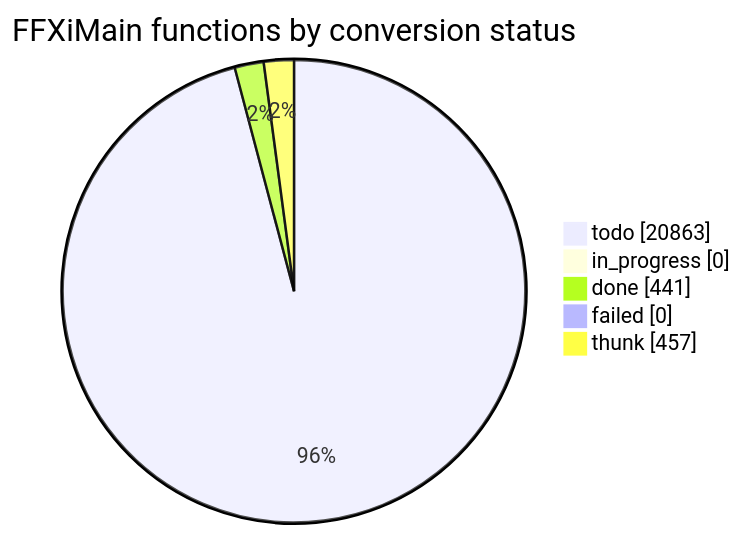
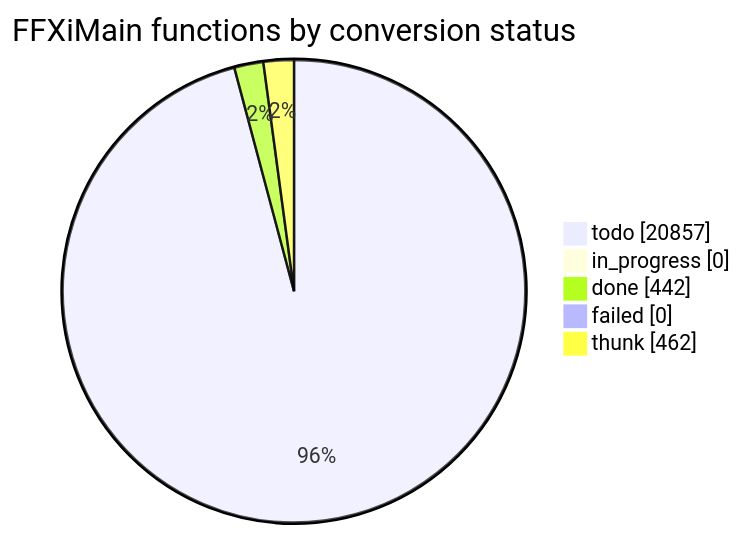
The diagram in docs/cow/STATUS.md (cowrevenge/cow_kuluu_xi_anything), drawn with Mermaid before and after one commit. The commit also changed other lines of this file and 9 other files, not shown here.

````diff
--- a/docs/cow/STATUS.md
+++ b/docs/cow/STATUS.md
@@ -18,9 +18,9 @@
 ```mermaid
 pie showData
     title FFXiMain functions by conversion status
-    "todo" : 20863
+    "todo" : 20857
     "in_progress" : 0
-    "done" : 441
+    "done" : 442
     "failed" : 0
-    "thunk" : 457
+    "thunk" : 462
 ```
````
